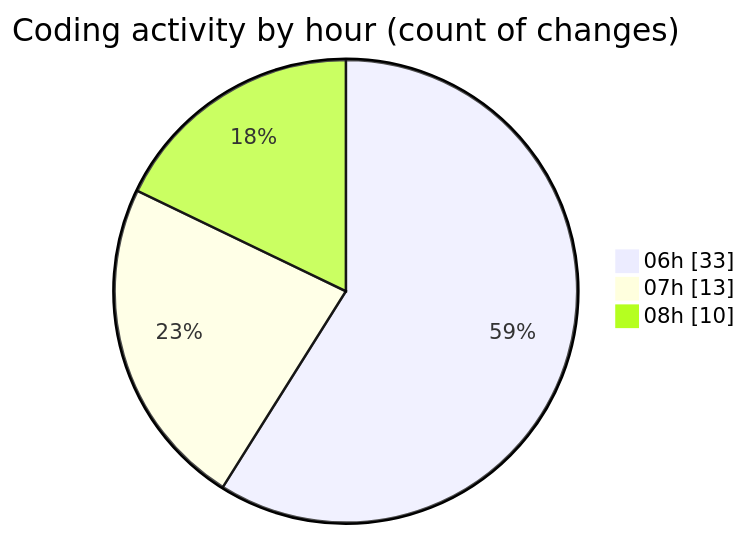
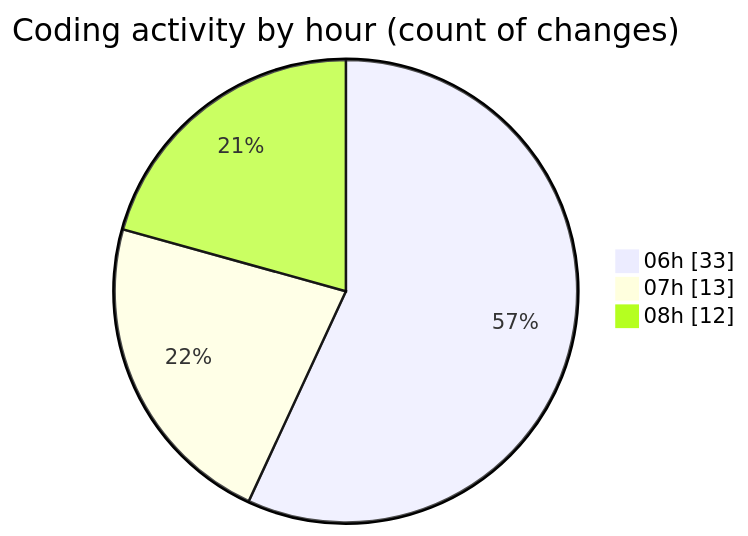
The second of 2 diagrams in 2025-02-21/micros/README.md (charlie-sans/code-tracking), drawn with Mermaid before and after one commit. The commit also changed other lines of this file and 1 other file, not shown here.

````diff
--- a/2025-02-21/micros/README.md
+++ b/2025-02-21/micros/README.md
@@ -62,7 +63,7 @@
 ```mermaid
 pie showData
 title Coding activity by hour (count of changes)
 "06h" : 33
 "07h" : 13
-"08h" : 10
+"08h" : 12
 ```
````
